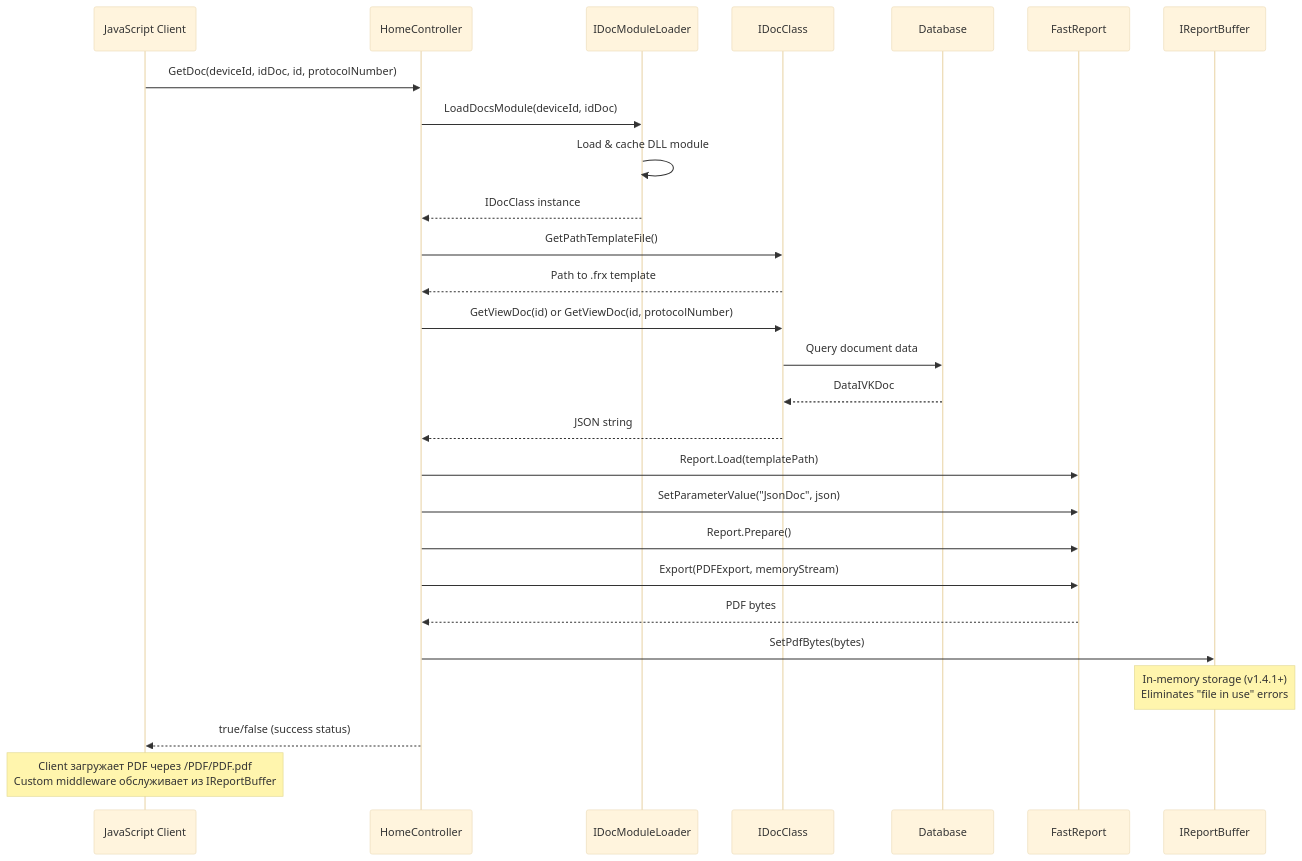
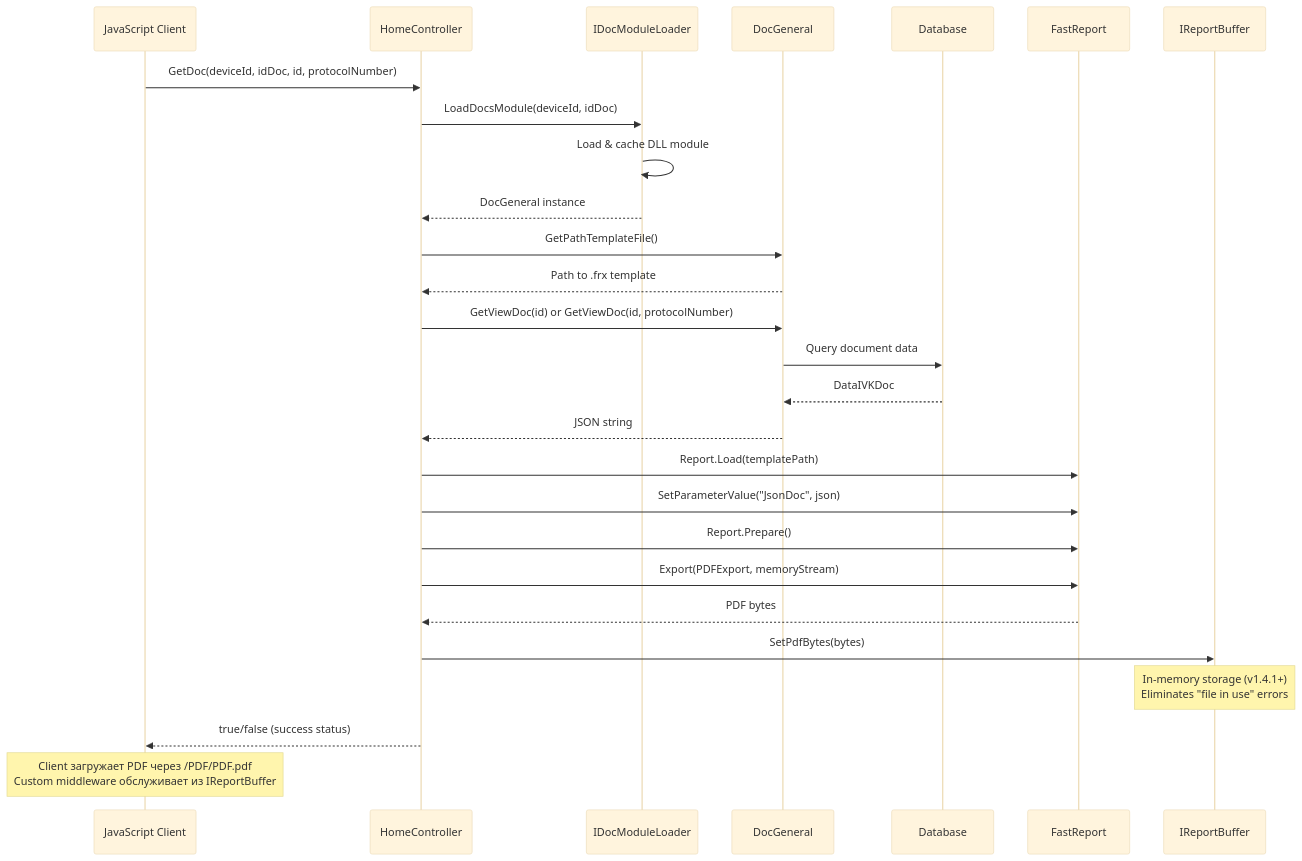
Before and after one commit to tn-ivk/tn-doc: the first of 4 diagrams in docs/api/endpoints.md, drawn with Mermaid (base theme). The commit also changed other lines of this file and 4 other files, not shown here.

````diff
--- a/docs/api/endpoints.md
+++ b/docs/api/endpoints.md
@@ -976,36 +976,36 @@
 ```mermaid
 sequenceDiagram
     participant Client as JavaScript Client
     participant HomeController
     participant DocModuleLoader as IDocModuleLoader
-    participant DocModule as IDocClass
+    participant DocModule as DocGeneral
     participant DB as Database
     participant FastReport
     participant ReportBuffer as IReportBuffer
 
     Client->>HomeController: GetDoc(deviceId, idDoc, id, protocolNumber)
     HomeController->>DocModuleLoader: LoadDocsModule(deviceId, idDoc)
     DocModuleLoader->>DocModuleLoader: Load & cache DLL module
-    DocModuleLoader-->>HomeController: IDocClass instance
+    DocModuleLoader-->>HomeController: DocGeneral instance
 
     HomeController->>DocModule: GetPathTemplateFile()
     DocModule-->>HomeController: Path to .frx template
 
     HomeController->>DocModule: GetViewDoc(id) or GetViewDoc(id, protocolNumber)
     DocModule->>DB: Query document data
     DB-->>DocModule: DataIVKDoc
     DocModule-->>HomeController: JSON string
 
     HomeController->>FastReport: Report.Load(templatePath)
     HomeController->>FastReport: SetParameterValue("JsonDoc", json)
     HomeController->>FastReport: Report.Prepare()
     HomeController->>FastReport: Export(PDFExport, memoryStream)
     FastReport-->>HomeController: PDF bytes
 
     HomeController->>ReportBuffer: SetPdfBytes(bytes)
     Note over ReportBuffer: In-memory storage (v1.4.1+)<br/>Eliminates "file in use" errors
 
     HomeController-->>Client: true/false (success status)
 
     Note over Client: Client загружает PDF через /PDF/PDF.pdf<br/>Custom middleware обслуживает из IReportBuffer
 ```
````
